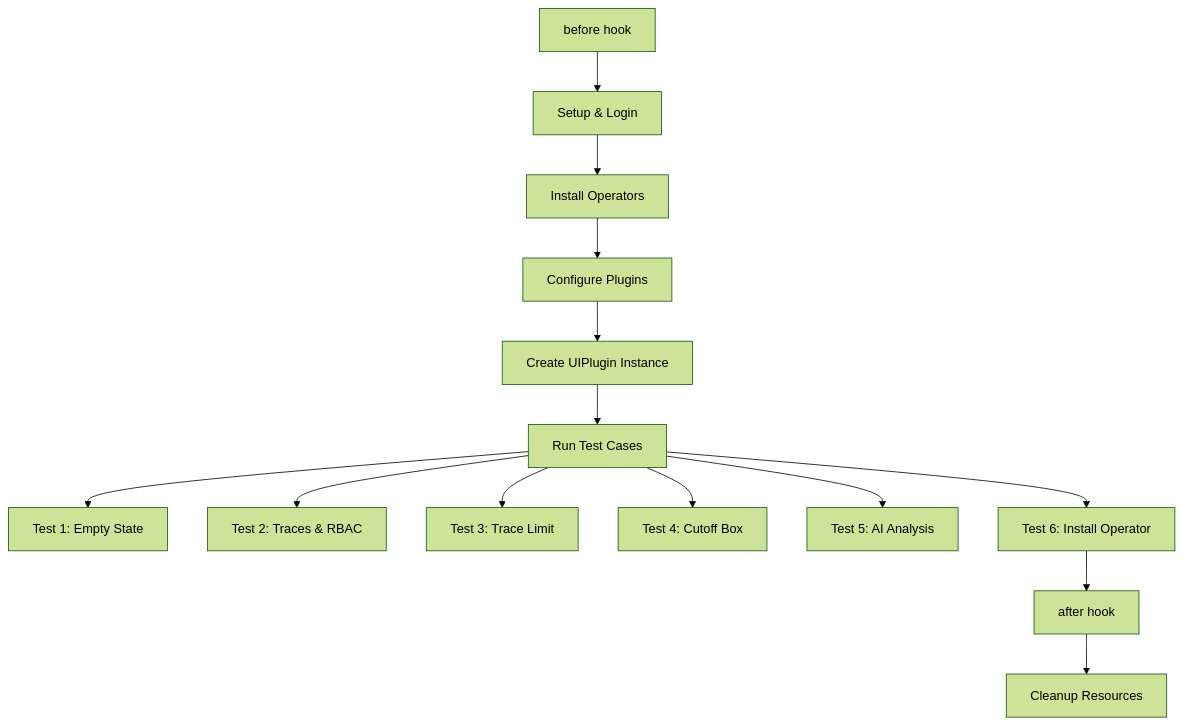
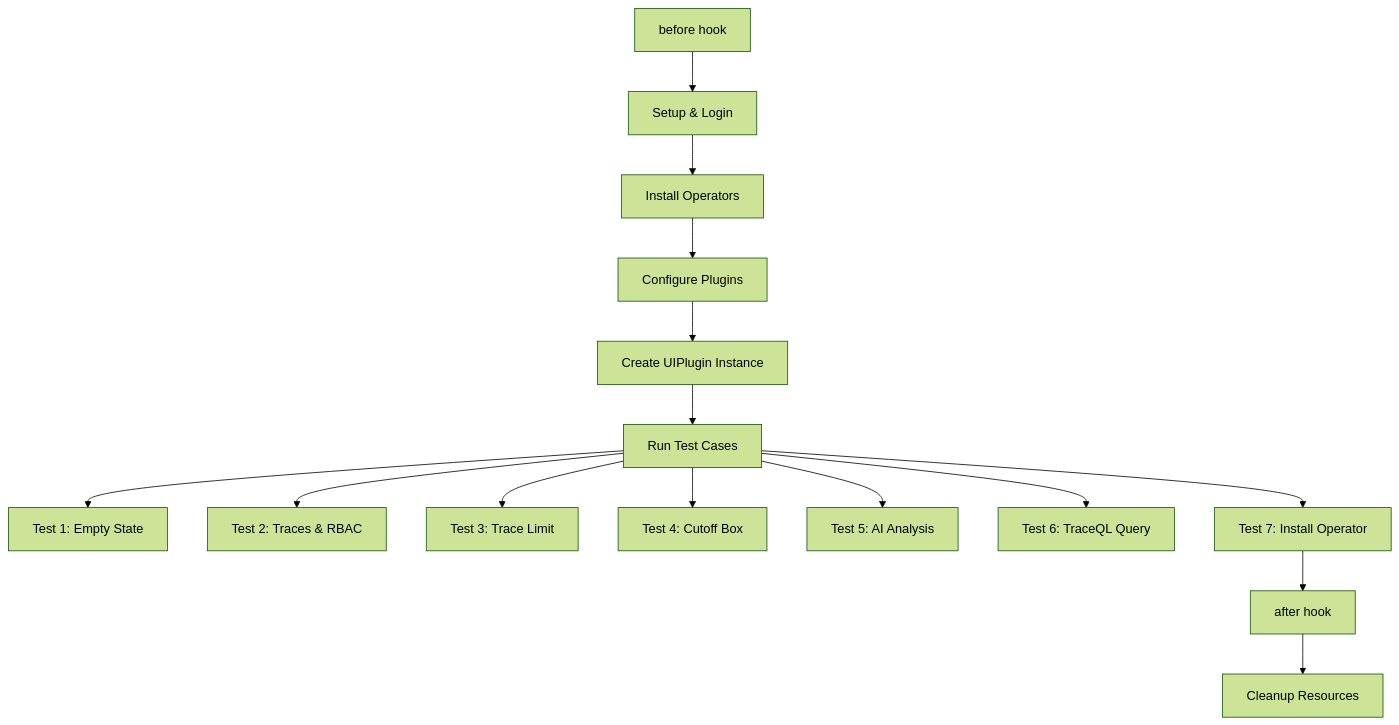
Before and after one commit to openshift/distributed-tracing-console-plugin: the diagram in tests/TEST_COVERAGE_REPORT.md, drawn with Mermaid (forest theme). The commit also changed other lines of this file and 4 other files, not shown here.

Commit message:
Add test for TraceQL query and empty results and improve stability

````diff
--- a/tests/TEST_COVERAGE_REPORT.md
+++ b/tests/TEST_COVERAGE_REPORT.md
@@ -225,16 +232,17 @@
 ```mermaid
 graph TD
     A[before hook] --> B[Setup & Login]
     B --> C[Install Operators]
     C --> D[Configure Plugins]
     D --> E[Create UIPlugin Instance]
     E --> F[Run Test Cases]
     F --> G[Test 1: Empty State]
     F --> H[Test 2: Traces & RBAC]
     F --> I[Test 3: Trace Limit]
     F --> J[Test 4: Cutoff Box]
     F --> K[Test 5: AI Analysis]
-    F --> L[Test 6: Install Operator]
-    L --> M[after hook]
+    F --> L[Test 6: TraceQL Query]
+    F --> P[Test 7: Install Operator]
+    P --> M[after hook]
     M --> N[Cleanup Resources]
 ```
````
